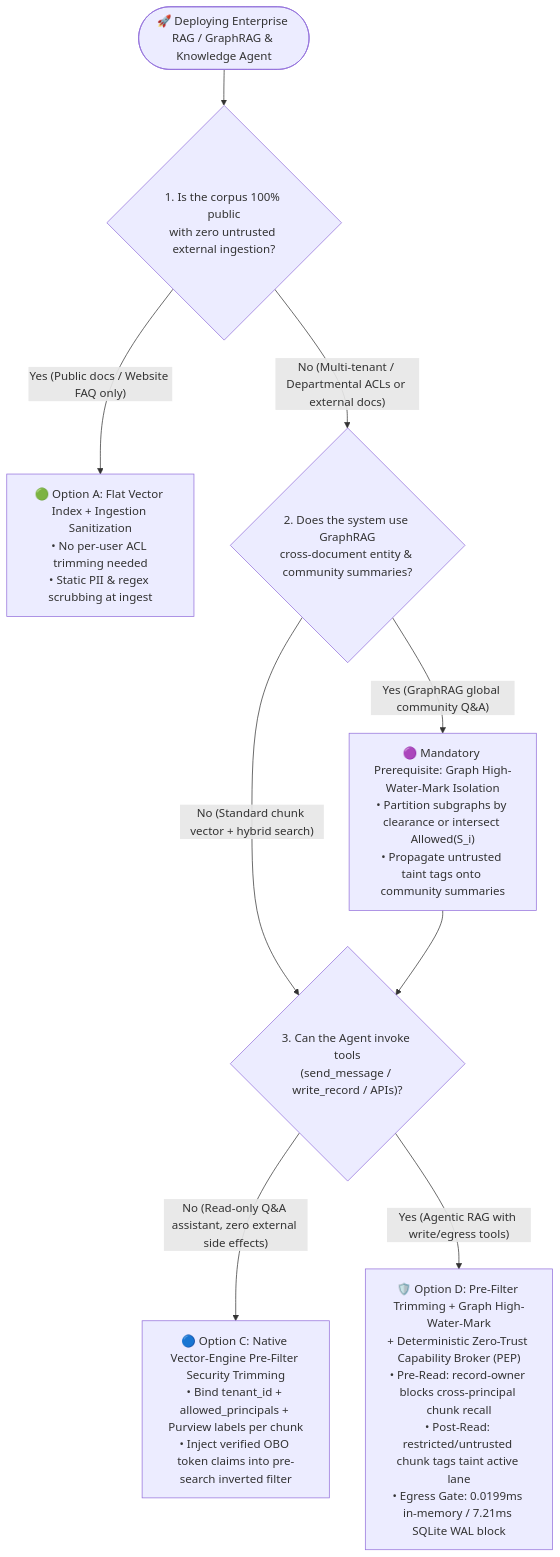
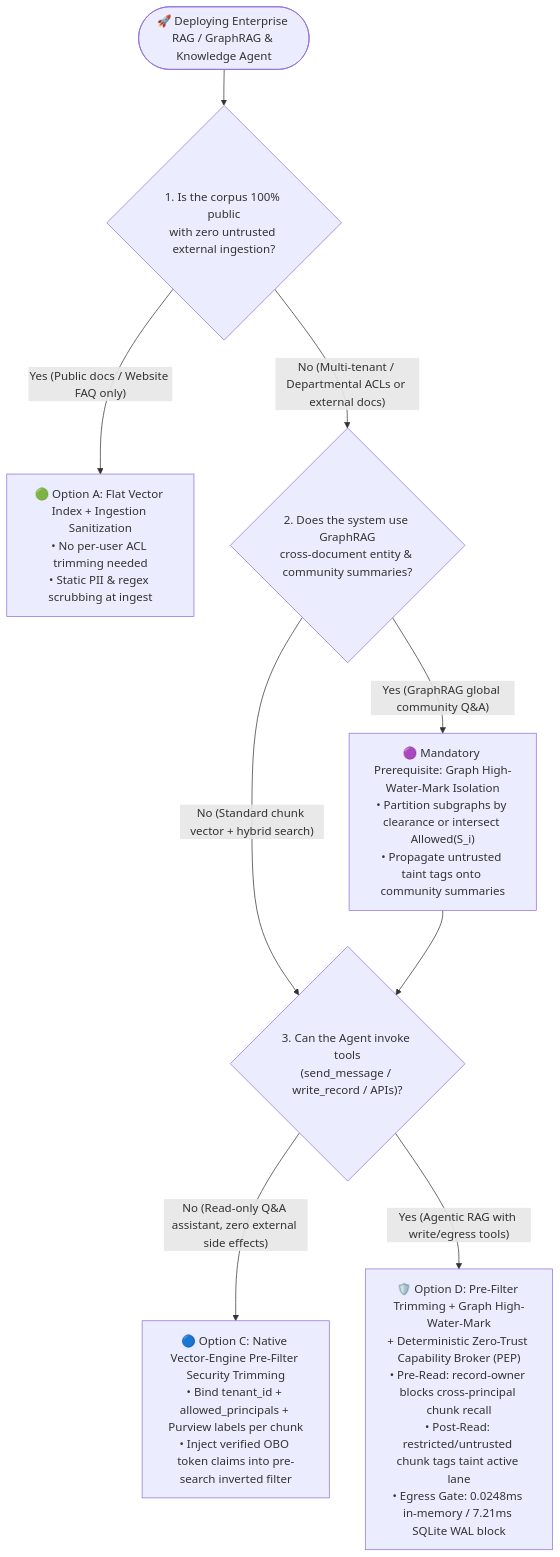
The first of 3 diagrams in workshops/ai-security/rag-indirect-injection-and-vector-acl-selection-faq.en.md (turbo998/turbo998.github.io), drawn with Mermaid before and after one commit. The commit also changed other lines of this file and 26 other files, not shown here.

````diff
--- a/workshops/ai-security/rag-indirect-injection-and-vector-acl-selection-faq.en.md
+++ b/workshops/ai-security/rag-indirect-injection-and-vector-acl-selection-faq.en.md
@@ -72,15 +72,15 @@
 ```mermaid
 flowchart TD
     Start(["🚀 Deploying Enterprise RAG / GraphRAG & Knowledge Agent"]) --> Q_Public{"1. Is the corpus 100% public\nwith zero untrusted external ingestion?"}
     
     Q_Public -- "Yes (Public docs / Website FAQ only)" --> PlanA["🟢 Option A: Flat Vector Index + Ingestion Sanitization\n• No per-user ACL trimming needed\n• Static PII & regex scrubbing at ingest"]
     Q_Public -- "No (Multi-tenant / Departmental ACLs or external docs)" --> Q_Graph{"2. Does the system use GraphRAG\ncross-document entity & community summaries?"}
     
     Q_Graph -- "No (Standard chunk vector + hybrid search)" --> Q_Agent{"3. Can the Agent invoke tools\n(send_message / write_record / APIs)?"}
     Q_Graph -- "Yes (GraphRAG global community Q&A)" --> Plan_Graph["🟣 Mandatory Prerequisite: Graph High-Water-Mark Isolation\n• Partition subgraphs by clearance or intersect Allowed(S_i)\n• Propagate untrusted taint tags onto community summaries"]
     
     Plan_Graph --> Q_Agent
     
     Q_Agent -- "No (Read-only Q&A assistant, zero external side effects)" --> PlanC["🔵 Option C: Native Vector-Engine Pre-Filter Security Trimming\n• Bind tenant_id + allowed_principals + Purview labels per chunk\n• Inject verified OBO token claims into pre-search inverted filter"]
-    Q_Agent -- "Yes (Agentic RAG with write/egress tools)" --> PlanD["🛡️ Option D: Pre-Filter Trimming + Graph High-Water-Mark\n+ Deterministic Zero-Trust Capability Broker (PEP)\n• Pre-Read: record-owner blocks cross-principal chunk recall\n• Post-Read: restricted/untrusted chunk tags taint active lane\n• Egress Gate: 0.0199ms in-memory / 7.21ms SQLite WAL block"]
+    Q_Agent -- "Yes (Agentic RAG with write/egress tools)" --> PlanD["🛡️ Option D: Pre-Filter Trimming + Graph High-Water-Mark\n+ Deterministic Zero-Trust Capability Broker (PEP)\n• Pre-Read: record-owner blocks cross-principal chunk recall\n• Post-Read: restricted/untrusted chunk tags taint active lane\n• Egress Gate: 0.0248ms in-memory / 7.21ms SQLite WAL block"]
 ```
````
